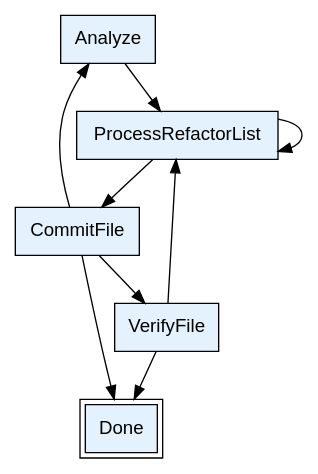
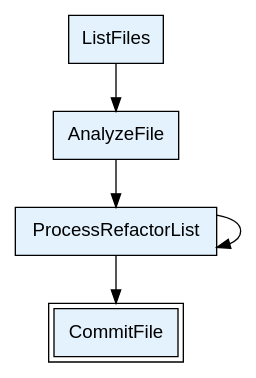
The diagram in crates/barnum_cli/demos/refactor-workflow/graph.dot (barnum-circus/barnum), drawn with Graphviz before and after one commit. The commit also changed 13 other files, not shown here.

```diff
--- a/crates/barnum_cli/demos/refactor-workflow/graph.dot
+++ b/crates/barnum_cli/demos/refactor-workflow/graph.dot
@@ -1,20 +1,15 @@
 digraph Barnum {
   rankdir=TB;
   node [fontname="Helvetica"];
   edge [fontname="Helvetica", fontsize=10];
 
-  "Analyze" [shape=box, label="Analyze", style=filled, fillcolor="#e3f2fd"];
+  "ListFiles" [shape=box, label="ListFiles", style=filled, fillcolor="#e3f2fd"];
+  "AnalyzeFile" [shape=box, label="AnalyzeFile", style=filled, fillcolor="#e3f2fd"];
   "ProcessRefactorList" [shape=box, label="ProcessRefactorList", style=filled, fillcolor="#e3f2fd"];
-  "CommitFile" [shape=box, label="CommitFile", style=filled, fillcolor="#e3f2fd"];
-  "VerifyFile" [shape=box, label="VerifyFile", style=filled, fillcolor="#e3f2fd"];
-  "Done" [shape=box, peripheries=2, label="Done", style=filled, fillcolor="#e3f2fd"];
+  "CommitFile" [shape=box, peripheries=2, label="CommitFile", style=filled, fillcolor="#e3f2fd"];
 
-  "Analyze" -> "ProcessRefactorList";
+  "ListFiles" -> "AnalyzeFile";
+  "AnalyzeFile" -> "ProcessRefactorList";
   "ProcessRefactorList" -> "ProcessRefactorList";
   "ProcessRefactorList" -> "CommitFile";
-  "CommitFile" -> "Analyze";
-  "CommitFile" -> "VerifyFile";
-  "CommitFile" -> "Done";
-  "VerifyFile" -> "ProcessRefactorList";
-  "VerifyFile" -> "Done";
 }
```
